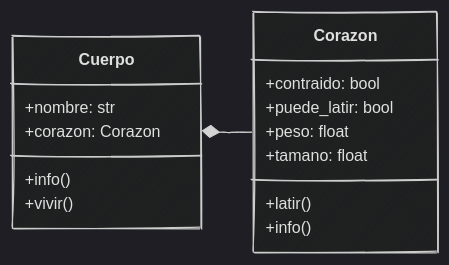
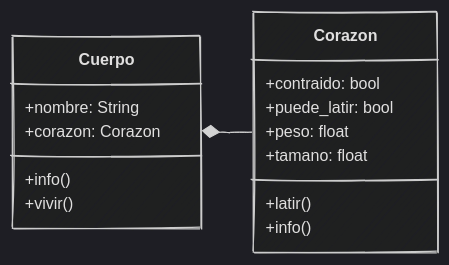
The fifth of 6 diagrams in content/sesion06/Readme.md (python-la-paz/python-study-group-oop), drawn with Mermaid before and after one commit. The commit also changed other lines of this file and 3 other files, not shown here.

````diff
--- a/content/sesion06/Readme.md
+++ b/content/sesion06/Readme.md
@@ -953,21 +1056,21 @@
 ```mermaid
 %%{init: {"theme": "dark", "look": "handDrawn"  }}%%
 classDiagram
 direction LR
     class Corazon {
         +contraido: bool
         +puede_latir: bool
         +peso: float
         +tamano: float
         +latir()
         +info()
     }
     class Cuerpo {
-        +nombre: str
+        +nombre: String
         +corazon: Corazon
         +info()
         +vivir()
     }
 
     Cuerpo *-- Corazon
 ```
````
